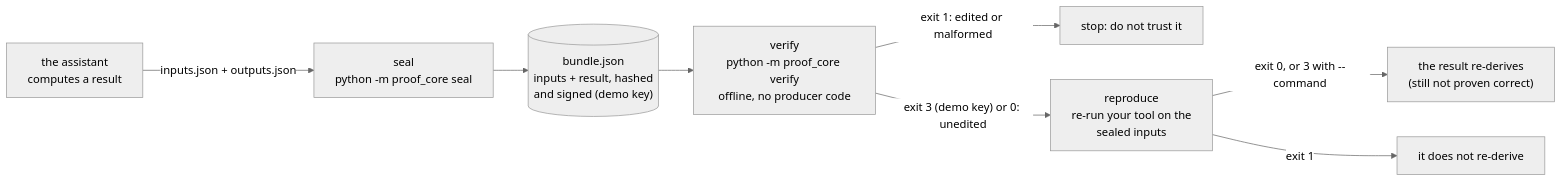
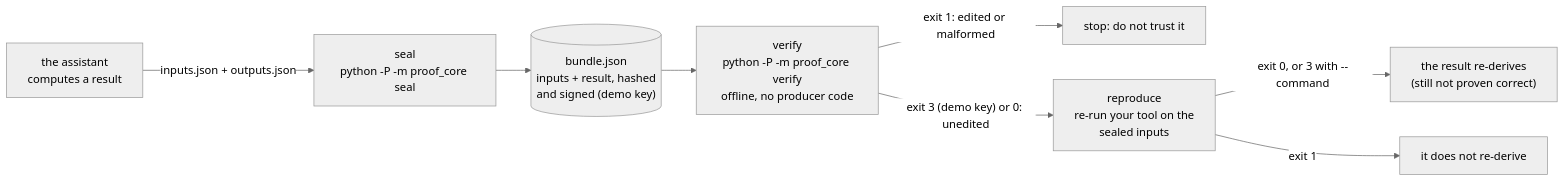
The first of 3 diagrams in README.md (SMRFORGE/proof-core), drawn with Mermaid (neutral theme) before and after one commit. The commit also changed other lines of this file and 2 other files, not shown here.

First line of the commit message:
fix: run every proof_core invocation with python -P

````diff
--- a/README.md
+++ b/README.md
@@ -62,10 +62,10 @@
 ```mermaid
 flowchart LR
-    A["the assistant<br/>computes a result"] -->|"inputs.json + outputs.json"| S["seal<br/>python -m proof_core seal"]
+    A["the assistant<br/>computes a result"] -->|"inputs.json + outputs.json"| S["seal<br/>python -P -m proof_core seal"]
     S --> B[("bundle.json<br/>inputs + result, hashed<br/>and signed (demo key)")]
-    B --> V["verify<br/>python -m proof_core verify<br/>offline, no producer code"]
+    B --> V["verify<br/>python -P -m proof_core verify<br/>offline, no producer code"]
     V -->|"exit 1: edited or malformed"| X["stop: do not trust it"]
     V -->|"exit 3 (demo key) or 0: unedited"| R["reproduce<br/>re-run your tool on the<br/>sealed inputs"]
     R -->|"exit 0, or 3 with --command"| OK["the result re-derives<br/>(still not proven correct)"]
     R -->|"exit 1"| NR["it does not re-derive"]
 ```
````
